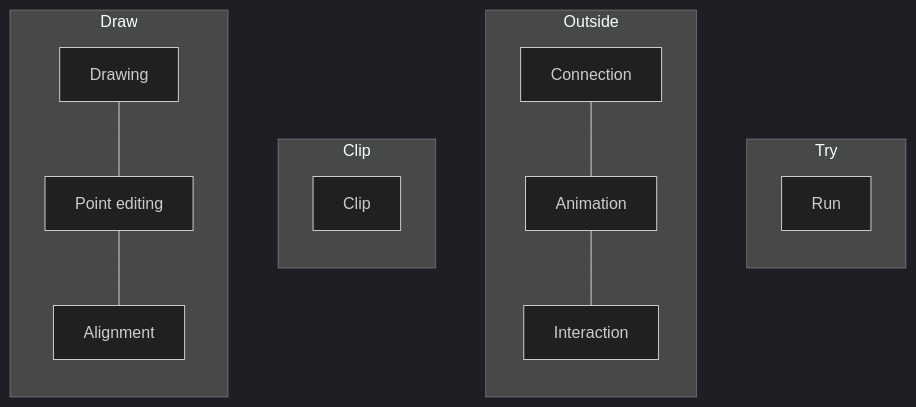
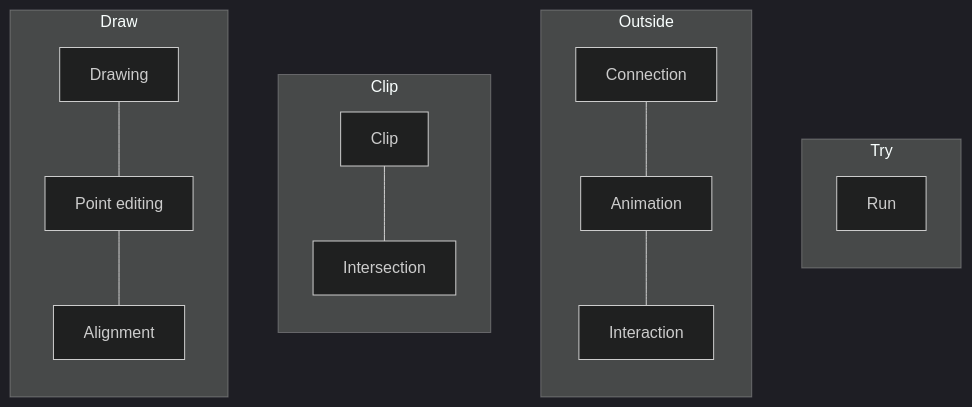
The third of 3 diagrams in symbols/03-editor/README.md (AlexandreGallais/synoptic-studio-spec), drawn with Mermaid (dark theme) before and after one commit. The commit also changed other lines of this file and 20 other files, not shown here.

````diff
--- a/symbols/03-editor/README.md
+++ b/symbols/03-editor/README.md
@@ -59,16 +59,16 @@
 ```mermaid
 flowchart LR
     subgraph g1["Draw"]
         D["Drawing"] --- P["Point editing"] --- A["Alignment"]
     end
     subgraph g2["Clip"]
-        C["Clip"]
+        C["Clip"] --- IN["Intersection"]
     end
     subgraph g3["Outside"]
         CO["Connection"] --- AN["Animation"] --- I["Interaction"]
     end
     subgraph g4["Try"]
         R["Run"]
     end
     g1 ~~~ g2 ~~~ g3 ~~~ g4
 ```
````
